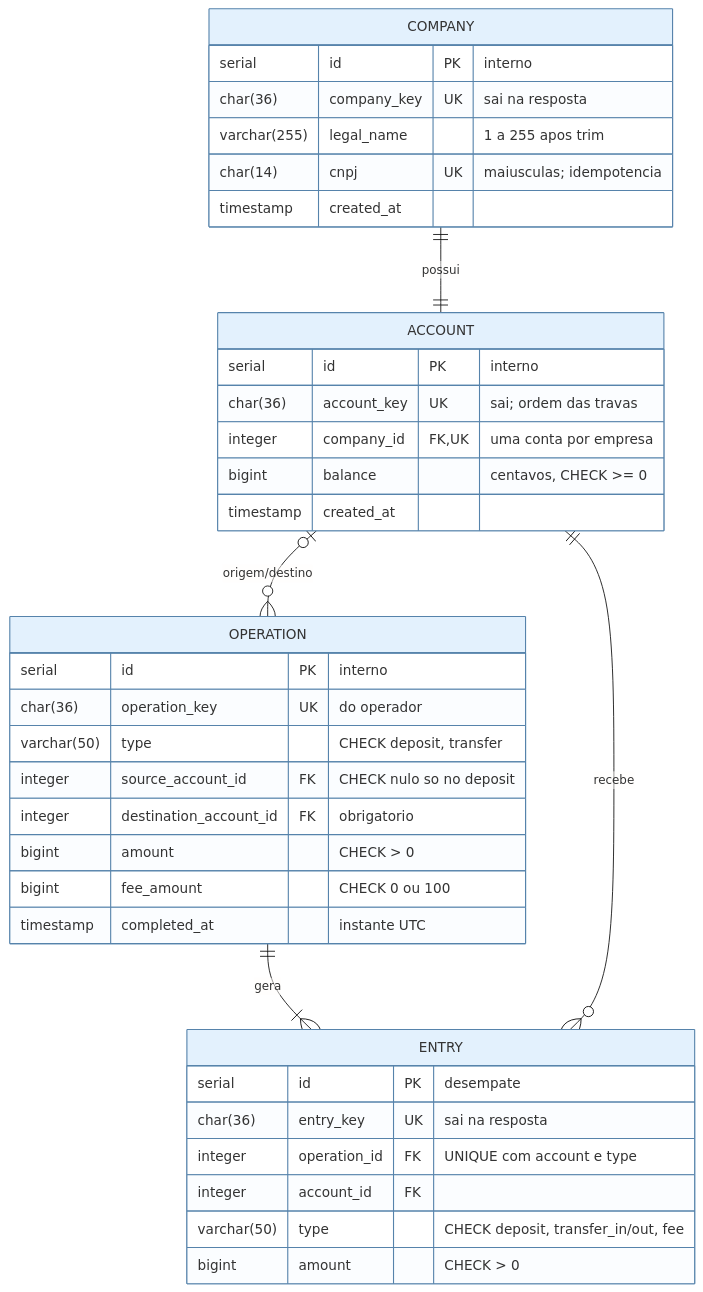
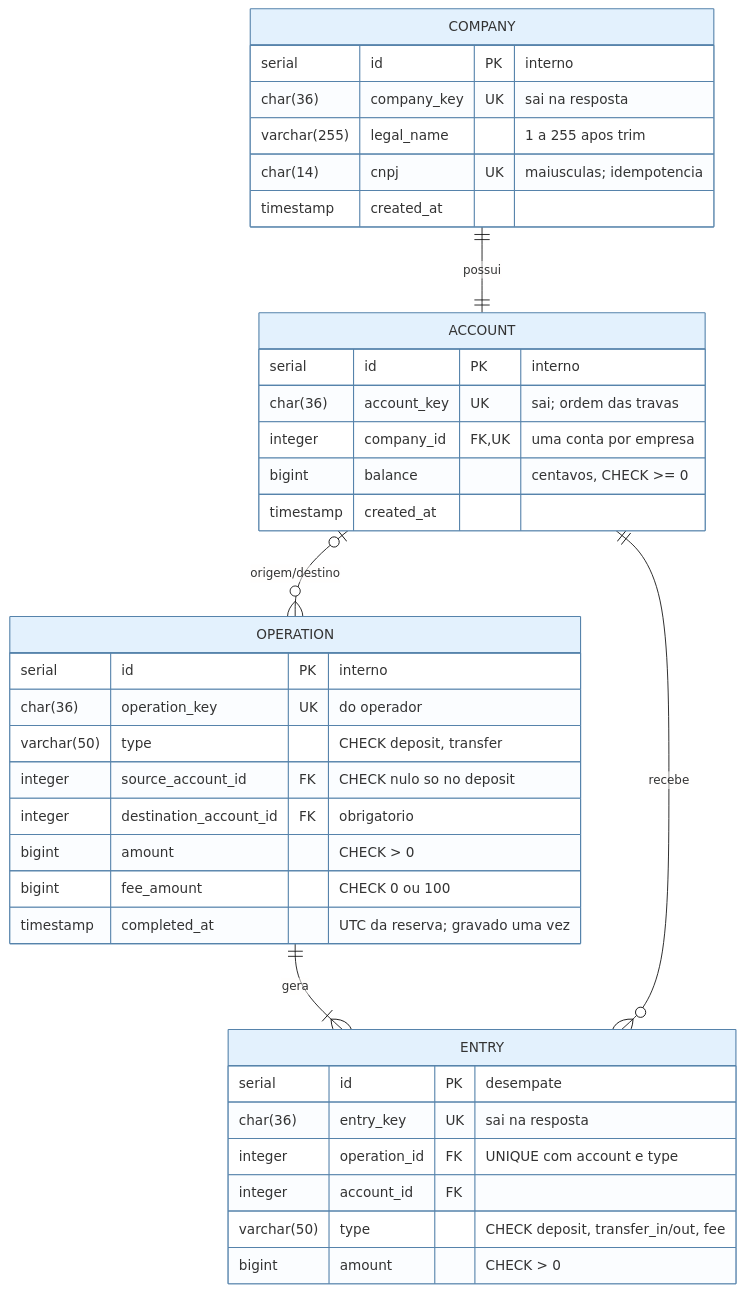
Before and after one commit to LuigiNakata10/bootcamp-base-api: the first of 2 diagrams in docs/RFC-prototipo-bancario-v6.2.md, drawn with Mermaid. The commit also changed other lines of this file and 3 other files, not shown here.

First line of the commit message:
Append-only: completed_at gravado uma unica vez, na reserva (sem UPDATE em operation)

````diff
--- a/docs/RFC-prototipo-bancario-v6.2.md
+++ b/docs/RFC-prototipo-bancario-v6.2.md
@@ -53,41 +53,41 @@
 ```mermaid
 %%{init: {"theme":"base","themeVariables":{"primaryColor":"#e3f1fd","primaryBorderColor":"#5683ab","attributeBackgroundColorOdd":"#e3f1fd","attributeBackgroundColorEven":"#f1f7fc"}}}%%
 erDiagram
     COMPANY ||--|| ACCOUNT : possui
     ACCOUNT o|--o{ OPERATION : "origem/destino"
     OPERATION ||--|{ ENTRY : gera
     ACCOUNT ||--o{ ENTRY : recebe
 
     COMPANY {
         serial id PK "interno"
         char(36) company_key UK "sai na resposta"
         varchar(255) legal_name "1 a 255 apos trim"
         char(14) cnpj UK "maiusculas; idempotencia"
         timestamp created_at
     }
     ACCOUNT {
         serial id PK "interno"
         char(36) account_key UK "sai; ordem das travas"
         integer company_id FK,UK "uma conta por empresa"
         bigint balance "centavos, CHECK >= 0"
         timestamp created_at
     }
     OPERATION {
         serial id PK "interno"
         char(36) operation_key UK "do operador"
         varchar(50) type "CHECK deposit, transfer"
         integer source_account_id FK "CHECK nulo so no deposit"
         integer destination_account_id FK "obrigatorio"
         bigint amount "CHECK > 0"
         bigint fee_amount "CHECK 0 ou 100"
-        timestamp completed_at "instante UTC"
+        timestamp completed_at "UTC da reserva; gravado uma vez"
     }
     ENTRY {
         serial id PK "desempate"
         char(36) entry_key UK "sai na resposta"
         integer operation_id FK "UNIQUE com account e type"
         integer account_id FK
         varchar(50) type "CHECK deposit, transfer_in/out, fee"
         bigint amount "CHECK > 0"
     }
 ```
````
